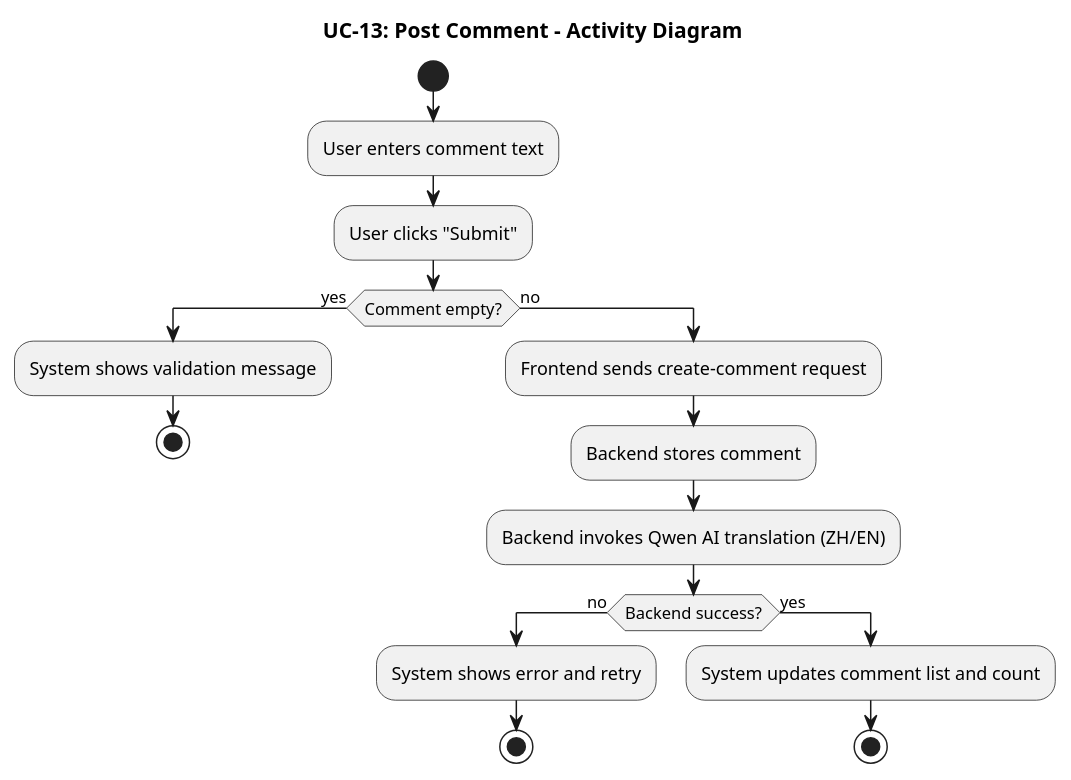
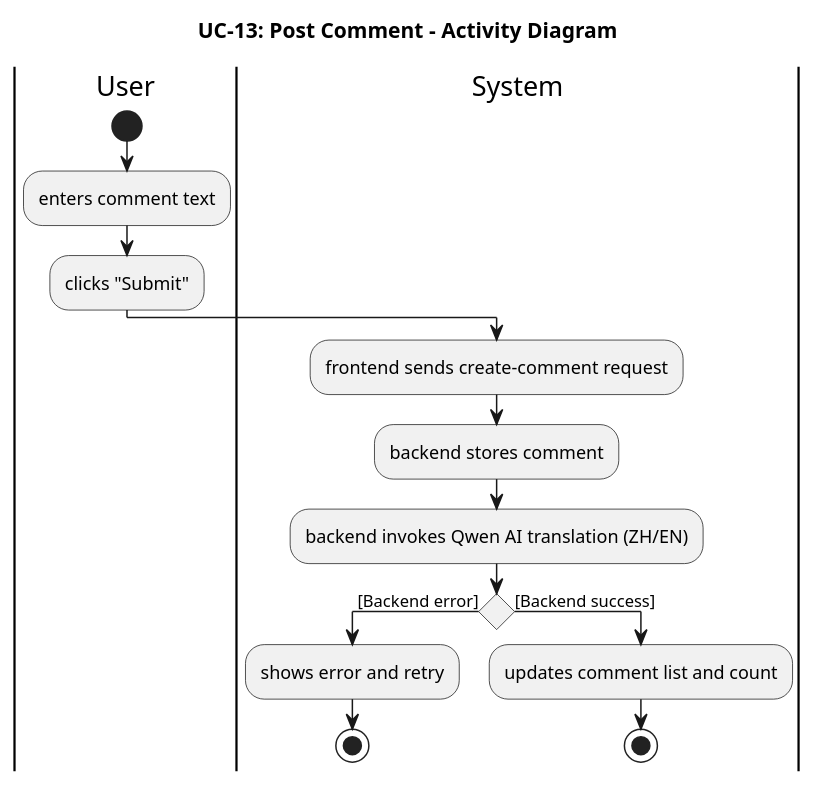
Before and after one commit to pzyllll/BridgeU: diagram 15 of 27 in springboot-backend/BridgeU-SRS.md, drawn with PlantUML. The commit also changed other lines of this file and 5 other files, not shown here.

````diff
--- a/springboot-backend/BridgeU-SRS.md
+++ b/springboot-backend/BridgeU-SRS.md
@@ -1910,24 +2100,23 @@
 ```plantuml
 @startuml UC13_Activity_Diagram
 title UC-13: Post Comment - Activity Diagram
 
+|User|
 start
-:User enters comment text;
-:User clicks "Submit";
-if (Comment empty?) then (yes)
-  :System shows validation message;
+:enters comment text;
+:clicks "Submit";
+
+|System|
+:frontend sends create-comment request;
+:backend stores comment;
+:backend invokes Qwen AI translation (ZH/EN);
+
+if () then ([Backend error])
+  :shows error and retry;
   stop
-else (no)
-  :Frontend sends create-comment request;
-  :Backend stores comment;
-  :Backend invokes Qwen AI translation (ZH/EN);
-  if (Backend success?) then (no)
-    :System shows error and retry;
-    stop
-  else (yes)
-    :System updates comment list and count;
-    stop
-  endif
+else ([Backend success])
+  :updates comment list and count;
+  stop
 endif
 @enduml
 ```
````
